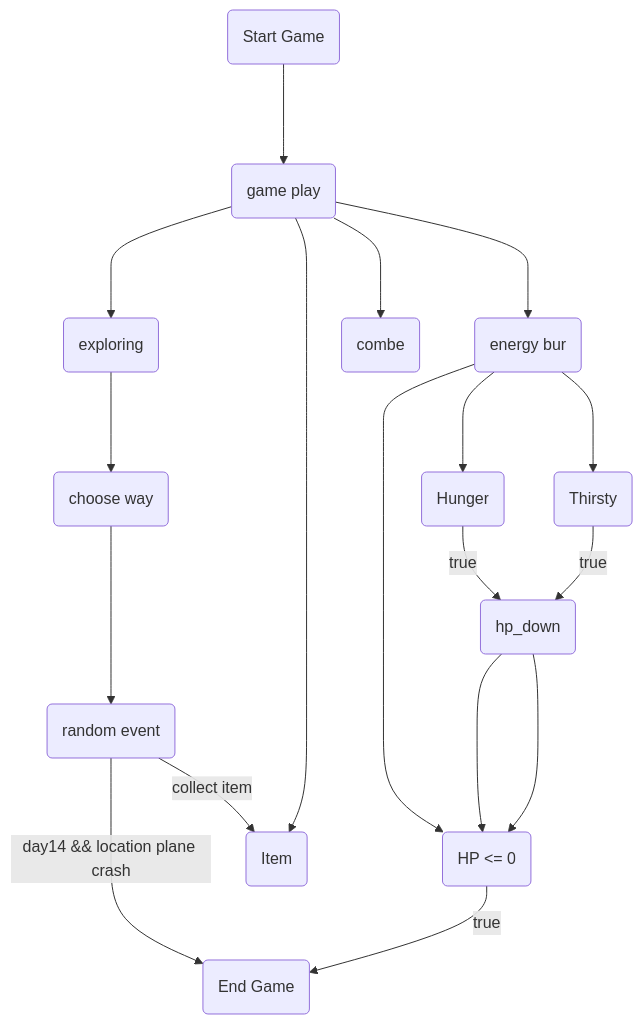
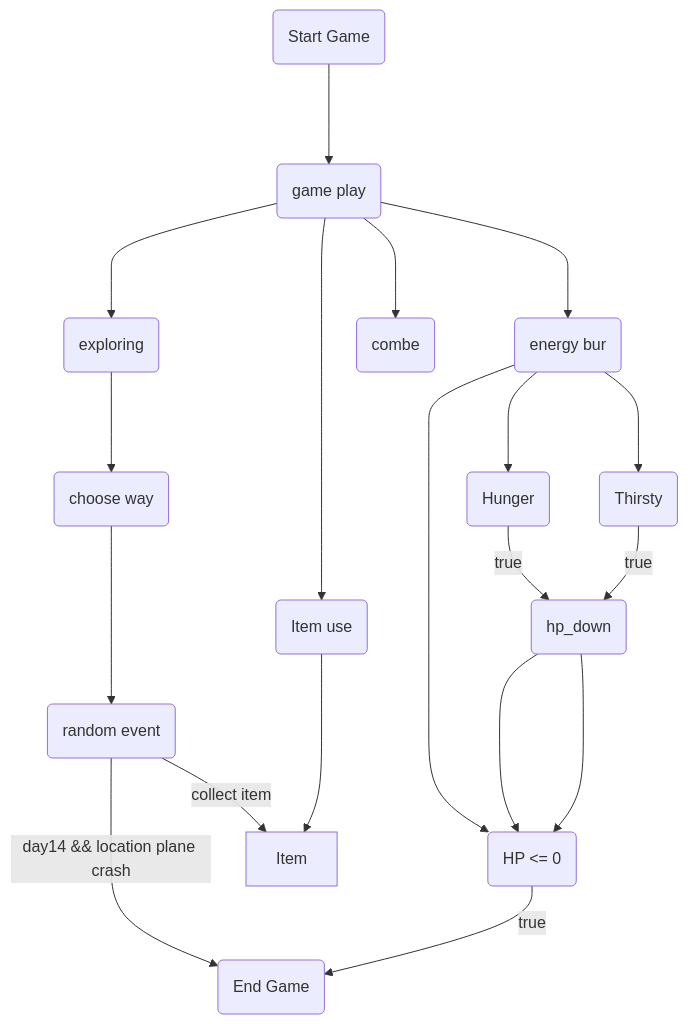
The diagram in need me.md (SSProgamer/C-Project), drawn with Mermaid before and after one commit.

Commit message:
Update need me.md

````diff
--- a/need me.md
+++ b/need me.md
@@ -35,13 +35,13 @@
 ```mermaid
 flowchart TD
 start(Start Game) ---> ingame(game play)
 ingame ---> explore(exploring) ---> way(choose way) ---> event(random event)
 event --day14 && location plane crash--> e(End Game)
 event(random event) --collect item--> Item
-ingame ---> Item(Item)
+ingame ---> Itemuse(Item use) ---> Item
 ingame ---> combe(combe)
 ingame ---> stack(energy bur) --->hp
 stack(energy bur) --->Hunger(Hunger) --true--> hp_down(hp_down) ---> hp
 stack(energy bur) --->Thirsty(Thirsty) --true--> hp_down(hp_down) ---> hp
 hp(HP <= 0) --true--> e(End Game)
 ```
````
